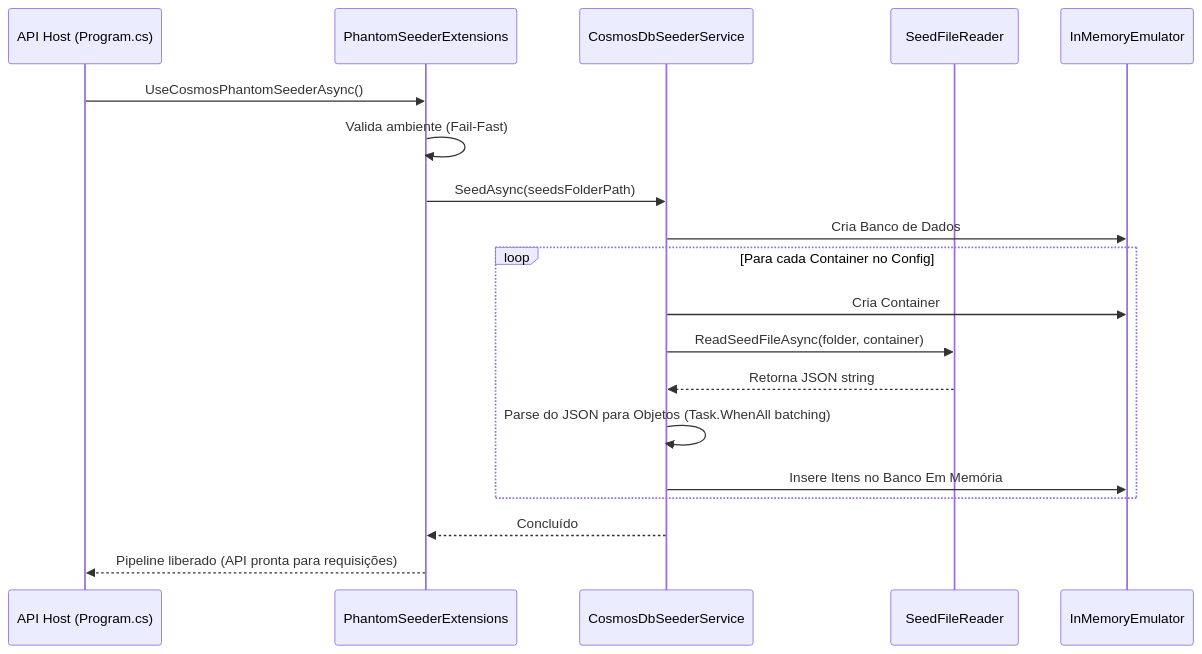
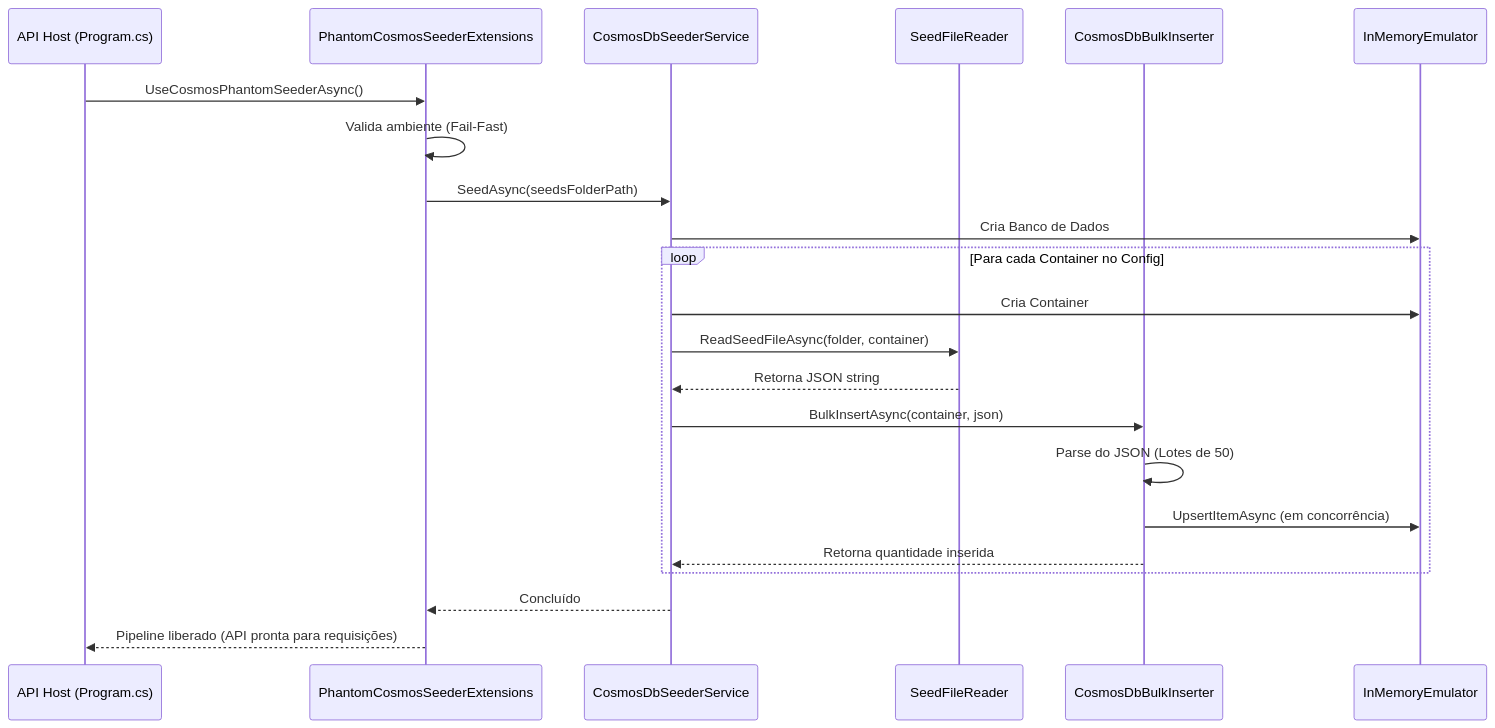
One commit to iamdiegoinacio/CosmosPhantom changed the second of 3 diagrams in Docs/Architecture.md. Above: the diagram before and after it, drawn with Mermaid. The commit also changed other lines of this file, not shown here.

Commit message:
docs: update architecture documentation and mermaid diagrams for Cosmos Phantom SDK

````diff
--- a/Docs/Architecture.md
+++ b/Docs/Architecture.md
@@ -61,25 +64,28 @@
 ```mermaid
 sequenceDiagram
     participant App as API Host (Program.cs)
-    participant SDK as PhantomSeederExtensions
+    participant SDK as PhantomCosmosSeederExtensions
     participant Seeder as CosmosDbSeederService
     participant Reader as SeedFileReader
+    participant Inserter as CosmosDbBulkInserter
     participant Base as InMemoryEmulator
 
     App->>SDK: UseCosmosPhantomSeederAsync()
     SDK->>SDK: Valida ambiente (Fail-Fast)
     SDK->>Seeder: SeedAsync(seedsFolderPath)
     
     Seeder->>Base: Cria Banco de Dados
     
     loop Para cada Container no Config
         Seeder->>Base: Cria Container
         Seeder->>Reader: ReadSeedFileAsync(folder, container)
         Reader-->>Seeder: Retorna JSON string
-        Seeder->>Seeder: Parse do JSON para Objetos (Task.WhenAll batching)
-        Seeder->>Base: Insere Itens no Banco Em Memória
+        Seeder->>Inserter: BulkInsertAsync(container, json)
+        Inserter->>Inserter: Parse do JSON (Lotes de 50)
+        Inserter->>Base: UpsertItemAsync (em concorrência)
+        Inserter-->>Seeder: Retorna quantidade inserida
     end
     
     Seeder-->>SDK: Concluído
     SDK-->>App: Pipeline liberado (API pronta para requisições)
 ```
````
